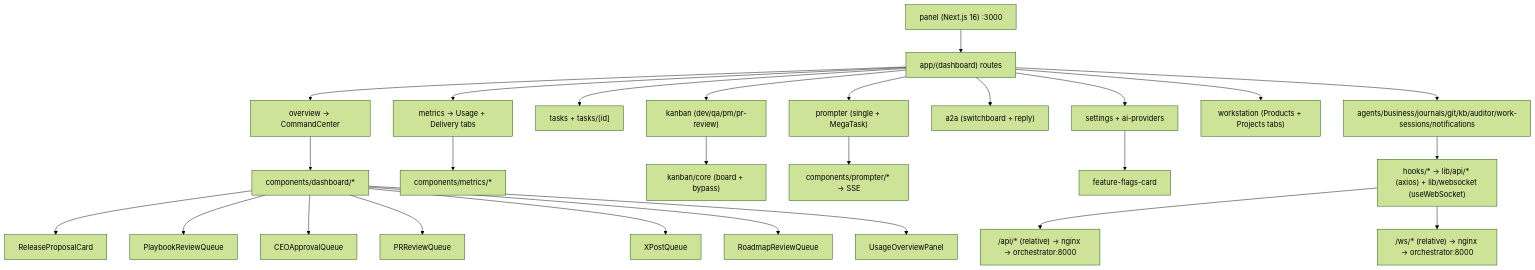
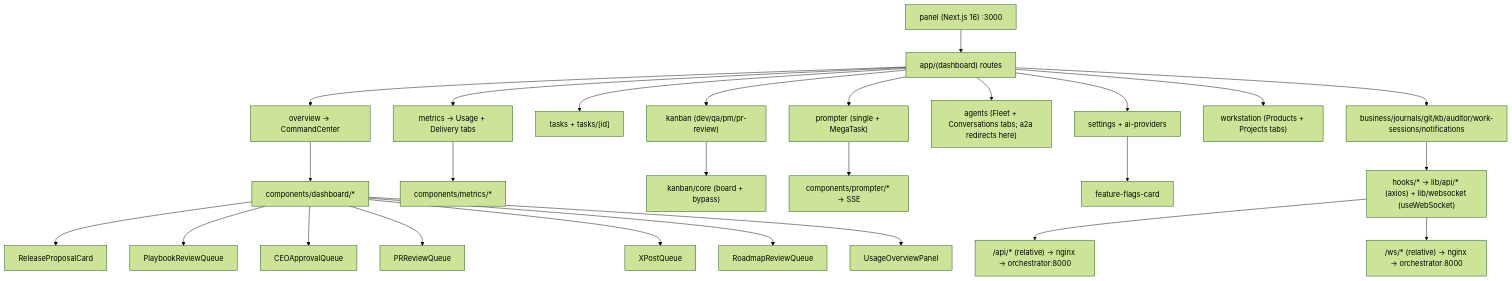
Before and after one commit to rennf93/roboco: the diagram in docs/map/panel.md, drawn with Mermaid (forest theme). The commit also changed other lines of this file and 1 other file, not shown here.

````diff
--- a/docs/map/panel.md
+++ b/docs/map/panel.md
@@ -116,29 +121,29 @@
 ```mermaid
 graph TD
   Panel["panel (Next.js 16) :3000"]
   Panel --> Routes["app/(dashboard) routes"]
   Routes --> Overview["overview → CommandCenter"]
   Routes --> Metrics["metrics → Usage + Delivery tabs"]
   Routes --> Tasks["tasks + tasks/[id]"]
   Routes --> Kanban["kanban (dev/qa/pm/pr-review)"]
   Routes --> Prompter["prompter (single + MegaTask)"]
-  Routes --> A2ALive["a2a (switchboard + reply)"]
+  Routes --> AgentsHub["agents (Fleet + Conversations tabs; a2a redirects here)"]
   Routes --> Settings["settings + ai-providers"]
   Routes --> Workstation["workstation (Products + Projects tabs)"]
-  Routes --> Domain["agents/business/journals/git/kb/auditor/work-sessions/notifications"]
+  Routes --> Domain["business/journals/git/kb/auditor/work-sessions/notifications"]
   Overview --> Dash["components/dashboard/*"]
   Dash --> Release["ReleaseProposalCard"]
   Dash --> Playbook["PlaybookReviewQueue"]
   Dash --> Ceo["CEOApprovalQueue"]
   Dash --> Pr["PRReviewQueue"]
   Dash --> XQ["XPostQueue"]
   Dash --> Rd["RoadmapReviewQueue"]
   Dash --> Usage["UsageOverviewPanel"]
   Metrics --> MComp["components/metrics/*"]
   Kanban --> KCore["kanban/core (board + bypass)"]
   Prompter --> PComp["components/prompter/* → SSE"]
   Settings --> FF["feature-flags-card"]
   Domain --> Hooks["hooks/* → lib/api/* (axios) + lib/websocket (useWebSocket)"]
   Hooks --> API["/api/* (relative) → nginx → orchestrator:8000"]
   Hooks --> WS["/ws/* (relative) → nginx → orchestrator:8000"]
 ```
````
